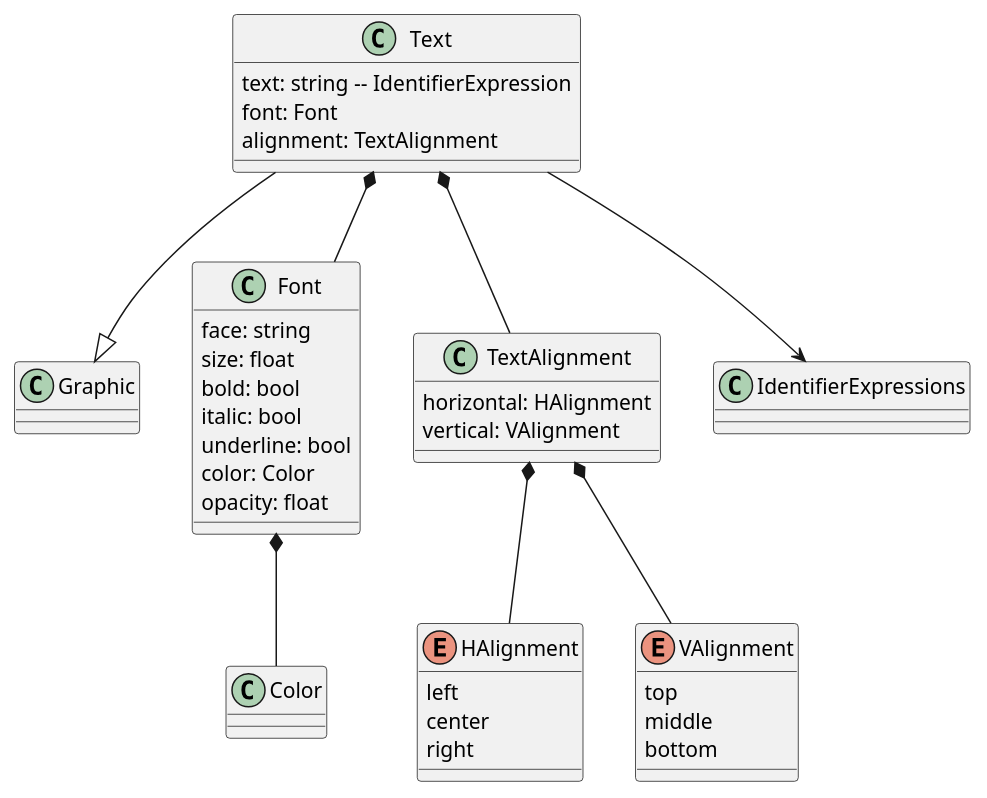
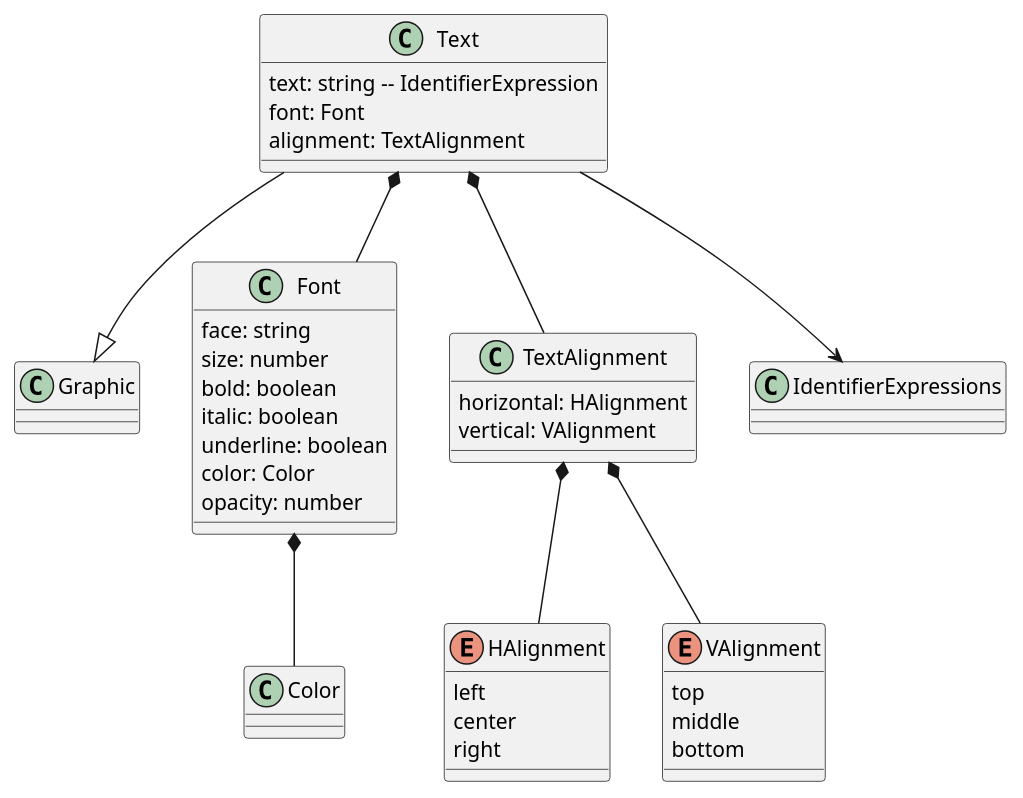
The tenth of 10 diagrams in 1-core/sections/clause_8_vector.adoc (opengeospatial/cartographic-symbology), drawn with PlantUML before and after one commit. The commit also changed other lines of this file and 16 other files, not shown here.

First line of the commit message:
Use string, number, integer and boolean as data types in Part 1

```diff
--- a/1-core/sections/clause_8_vector.adoc
+++ b/1-core/sections/clause_8_vector.adoc
@@ -385,36 +385,36 @@
 [plantuml, target=diagram-classes, format=png]
 ....
 @startuml
 Text --|> Graphic
 Text : text: string -- IdentifierExpression
 Text : font: Font
 Text : alignment: TextAlignment
 Text *-- Font
 Text *-- TextAlignment
 Text --> IdentifierExpressions
 
 Font : face: string
-Font : size: float
-Font : bold: bool
-Font : italic: bool
-Font : underline: bool
+Font : size: number
+Font : bold: boolean
+Font : italic: boolean
+Font : underline: boolean
 Font : color: Color
-Font : opacity: float
+Font : opacity: number
 Font *-- Color
 
 TextAlignment : horizontal: HAlignment
 TextAlignment : vertical: VAlignment
 TextAlignment *-- HAlignment
 TextAlignment *-- VAlignment
 
 enum HAlignment
 HAlignment : left
 HAlignment : center
 HAlignment : right
 
 enum VAlignment
 VAlignment : top
 VAlignment : middle
 VAlignment : bottom
 @enduml
 ....
```
